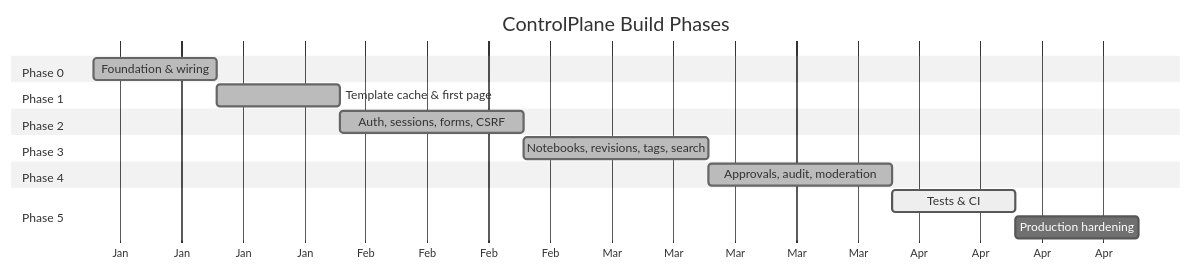
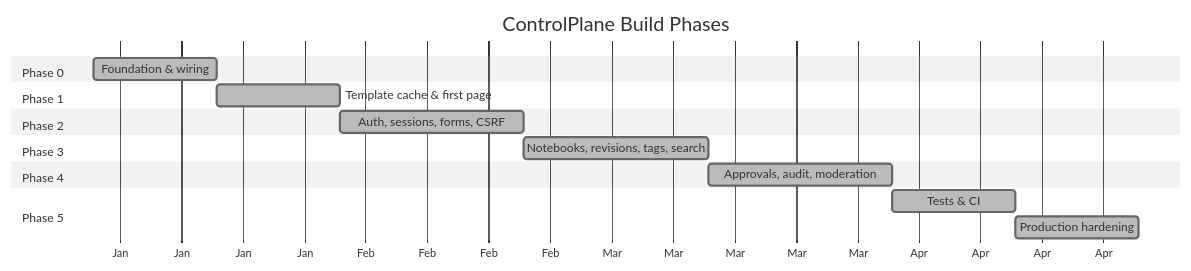
Before and after one commit to SShogun/ControlPlane: the third of 3 diagrams in README.md, drawn with Mermaid (neutral theme). The commit also changed other lines of this file and 11 other files, not shown here.

````diff
--- a/README.md
+++ b/README.md
@@ -549,25 +549,25 @@
 ```mermaid
 gantt
     title ControlPlane Build Phases
     dateFormat  YYYY-MM-DD
     axisFormat  %b
 
     section Phase 0
     Foundation & wiring                :done, p0, 2026-01-01, 14d
 
     section Phase 1
     Template cache & first page        :done, p1, after p0, 14d
 
     section Phase 2
     Auth, sessions, forms, CSRF        :done, p2, after p1, 21d
 
     section Phase 3
     Notebooks, revisions, tags, search :done, p3, after p2, 21d
 
     section Phase 4
     Approvals, audit, moderation       :done, p4, after p3, 21d
 
     section Phase 5
-    Tests & CI                         :active, p5, after p4, 14d
-    Production hardening               :        p5b, after p5, 14d
+    Tests & CI                         :done, p5, after p4, 14d
+    Production hardening               :done, p5b, after p5, 14d
 ```
````
